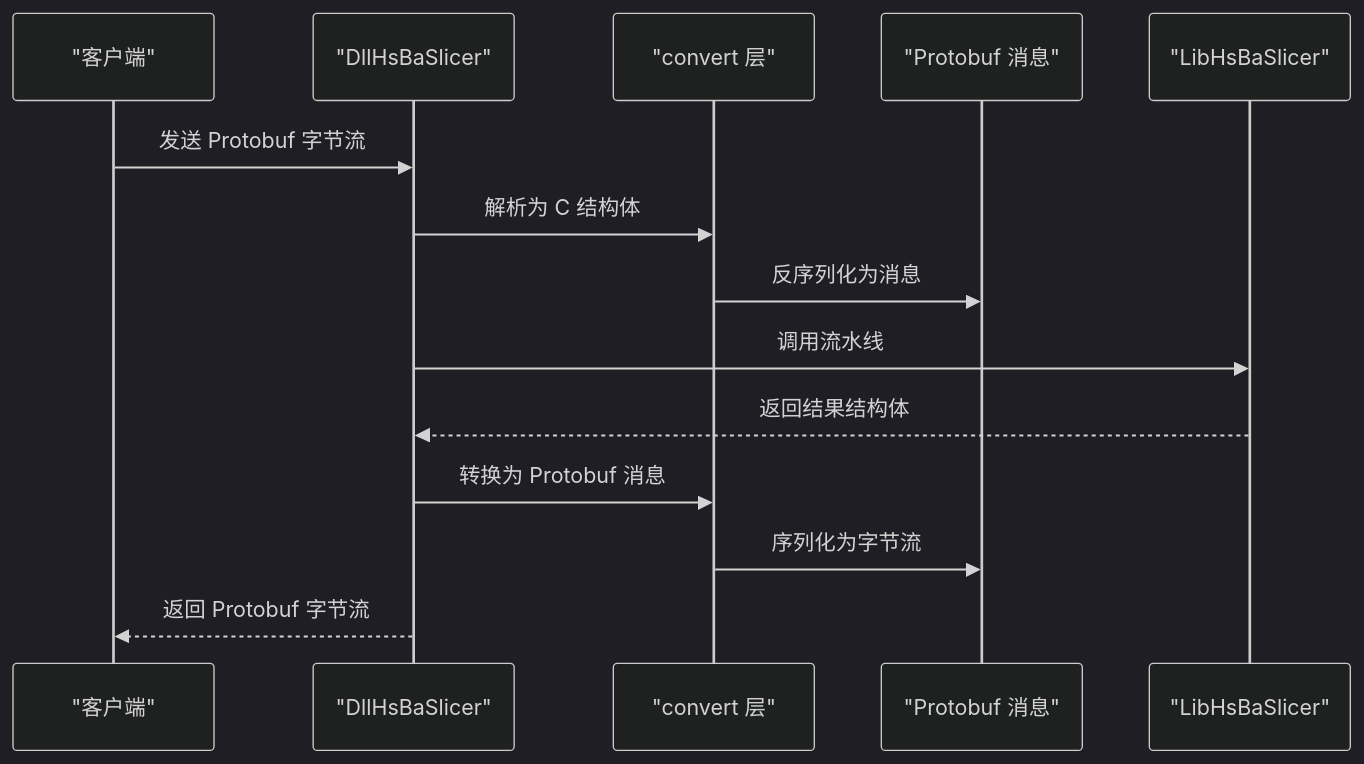
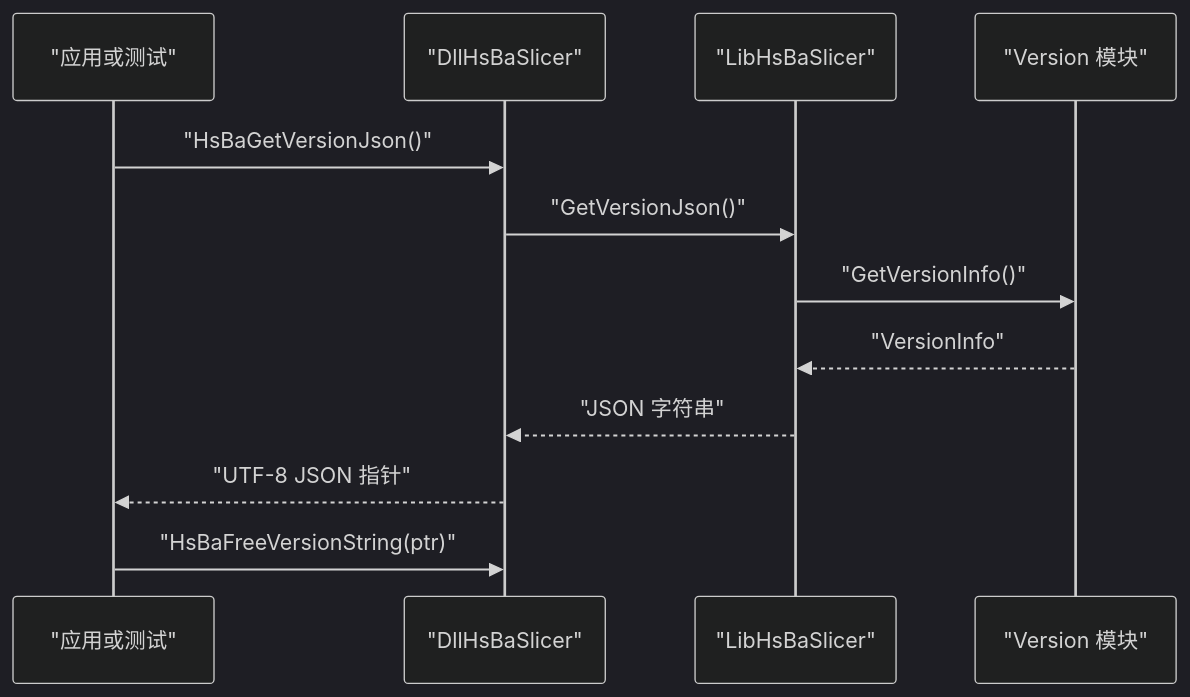
The second of 6 diagrams in .qoder/repowiki/zh/content/附录.md (hsmbanlance/HsBaSlicer), drawn with Mermaid (dark theme) before and after one commit. The commit also changed other lines of this file and 1135 other files, not shown here.

````diff
--- a/.qoder/repowiki/zh/content/附录.md
+++ b/.qoder/repowiki/zh/content/附录.md
@@ -200,16 +86,14 @@
 ```mermaid
 sequenceDiagram
-participant Client as "客户端"
-participant Dll as "DllHsBaSlicer"
-participant Convert as "convert 层"
-participant Proto as "Protobuf 消息"
-participant Lib as "LibHsBaSlicer"
-Client->>Dll : 发送 Protobuf 字节流
-Dll->>Convert : 解析为 C 结构体
-Convert->>Proto : 反序列化为消息
-Dll->>Lib : 调用流水线
-Lib-->>Dll : 返回结果结构体
-Dll->>Convert : 转换为 Protobuf 消息
-Convert->>Proto : 序列化为字节流
-Dll-->>Client : 返回 Protobuf 字节流
+participant App as "应用或测试"
+participant DLL as "DllHsBaSlicer"
+participant LIB as "LibHsBaSlicer"
+participant VER as "Version 模块"
+App->>DLL : "HsBaGetVersionJson()"
+DLL->>LIB : "GetVersionJson()"
+LIB->>VER : "GetVersionInfo()"
+VER-->>LIB : "VersionInfo"
+LIB-->>DLL : "JSON 字符串"
+DLL-->>App : "UTF-8 JSON 指针"
+App->>DLL : "HsBaFreeVersionString(ptr)"
 ```
````
